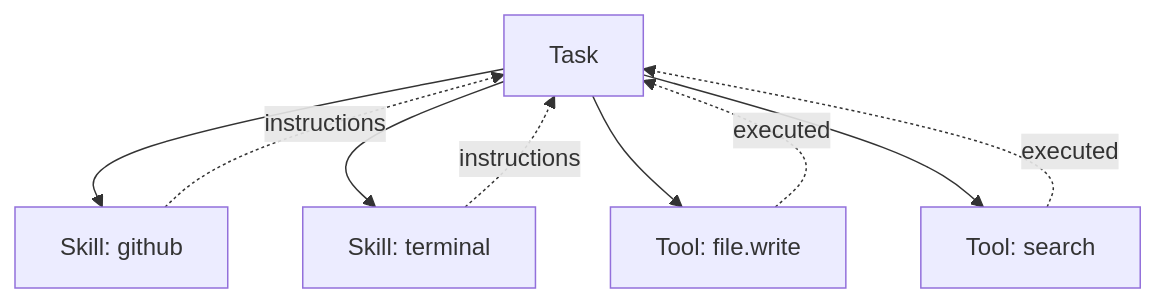
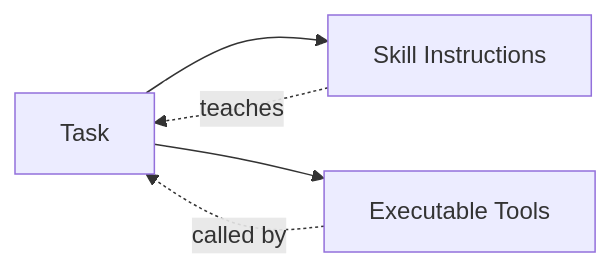
The diagram in docs/concepts/skills.md (dustland/openviber), drawn with Mermaid before and after one commit. The commit also changed other lines of this file, not shown here.

````diff
--- a/docs/concepts/skills.md
+++ b/docs/concepts/skills.md
@@ -382,13 +40,8 @@
 ```mermaid
-graph TB
-    Task[Task] --> Skill1[Skill: github]
-    Task --> Skill2[Skill: terminal]
-    Task --> Tool1[Tool: file.write]
-    Task --> Tool2[Tool: search]
+graph LR
+    Task[Task] --> Skill[Skill Instructions]
+    Task --> Tool[Executable Tools]
 
-    Skill1 -.instructions.-> Task
-    Skill2 -.instructions.-> Task
-
-    Tool1 -.executed.-> Task
-    Tool2 -.executed.-> Task
+    Skill -.teaches.-> Task
+    Tool -.called by.-> Task
 ```
````
